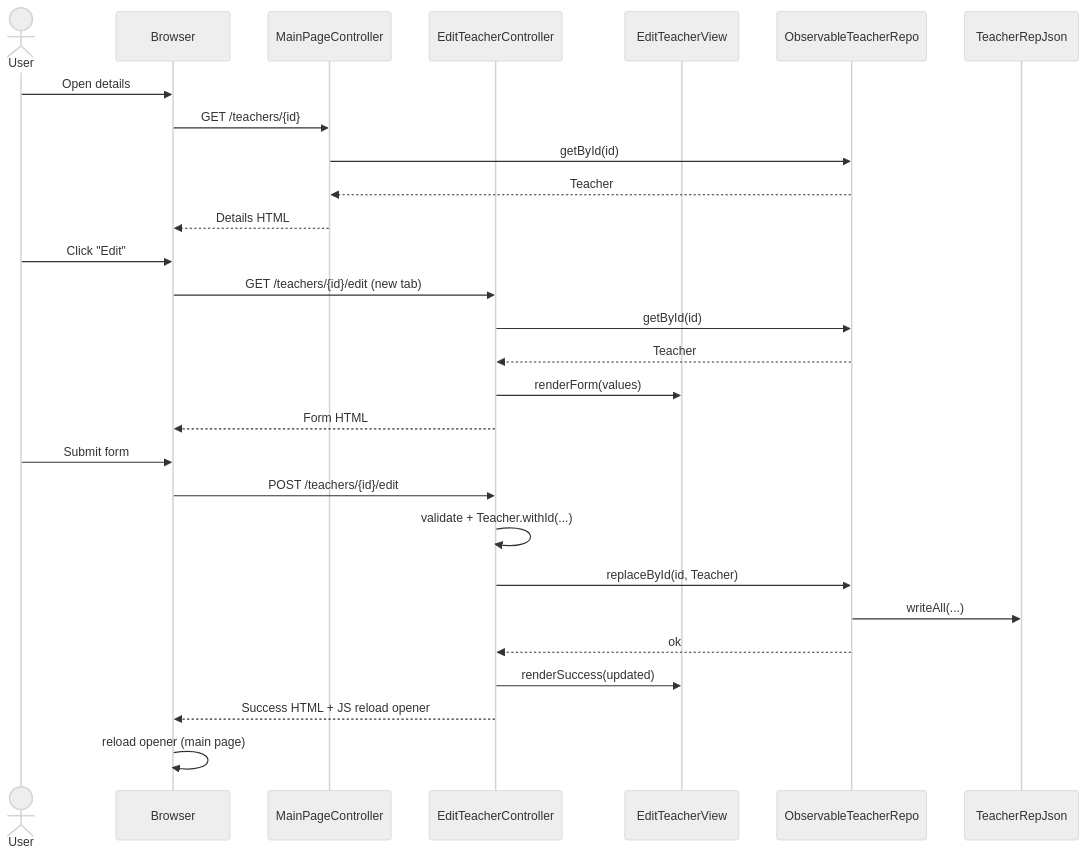
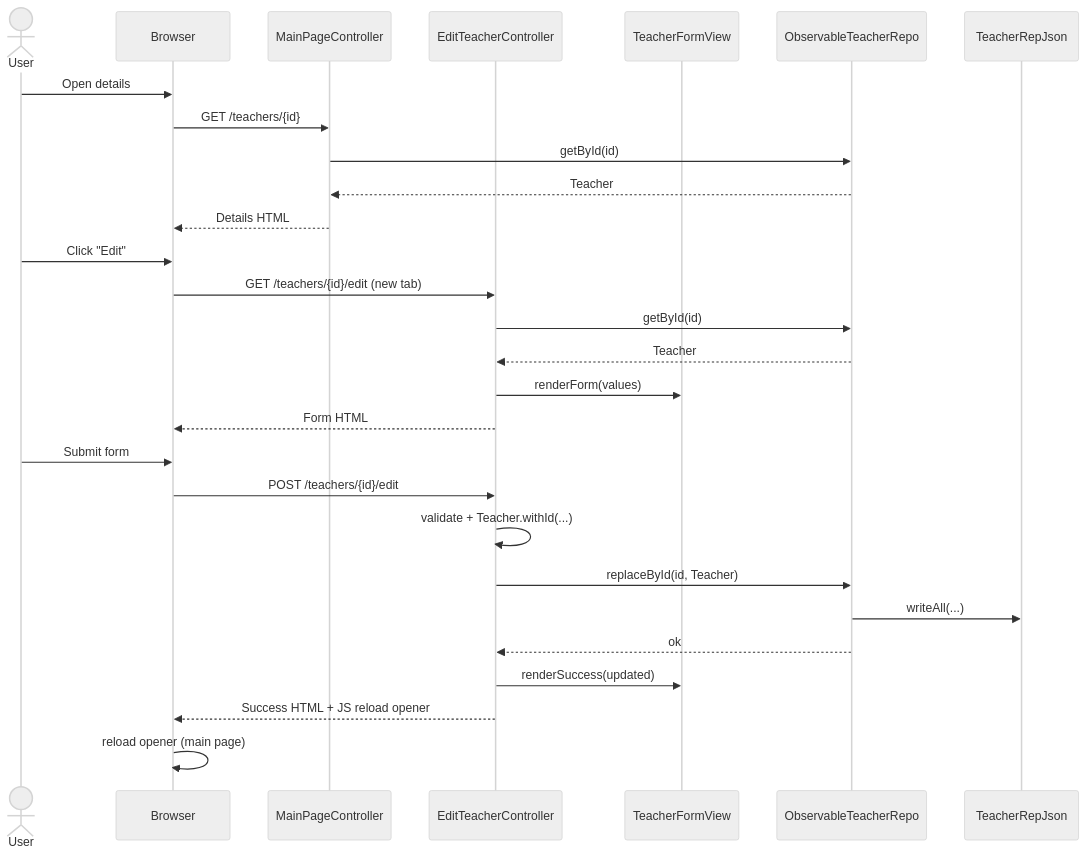
The diagram in docs/sequence-edit-teacher.md (ZetMGC/information-systems-design), drawn with Mermaid (neutral theme) before and after one commit. The commit also changed 15 other files, not shown here.

````diff
--- a/docs/sequence-edit-teacher.md
+++ b/docs/sequence-edit-teacher.md
@@ -3,33 +3,33 @@
 ```mermaid
 sequenceDiagram
   actor User
   participant Browser
   participant MainPageController
   participant EditTeacherController
-  participant EditTeacherView
+  participant TeacherFormView
   participant Repo as ObservableTeacherRepo
   participant Store as TeacherRepJson
 
   User->>Browser: Open details
   Browser->>MainPageController: GET /teachers/{id}
   MainPageController->>Repo: getById(id)
   Repo-->>MainPageController: Teacher
   MainPageController-->>Browser: Details HTML
 
   User->>Browser: Click "Edit"
   Browser->>EditTeacherController: GET /teachers/{id}/edit (new tab)
   EditTeacherController->>Repo: getById(id)
   Repo-->>EditTeacherController: Teacher
-  EditTeacherController->>EditTeacherView: renderForm(values)
+  EditTeacherController->>TeacherFormView: renderForm(values)
   EditTeacherController-->>Browser: Form HTML
 
   User->>Browser: Submit form
   Browser->>EditTeacherController: POST /teachers/{id}/edit
   EditTeacherController->>EditTeacherController: validate + Teacher.withId(...)
   EditTeacherController->>Repo: replaceById(id, Teacher)
   Repo->>Store: writeAll(...)
   Repo-->>EditTeacherController: ok
-  EditTeacherController->>EditTeacherView: renderSuccess(updated)
+  EditTeacherController->>TeacherFormView: renderSuccess(updated)
   EditTeacherController-->>Browser: Success HTML + JS reload opener
   Browser->>Browser: reload opener (main page)
 ```
````
